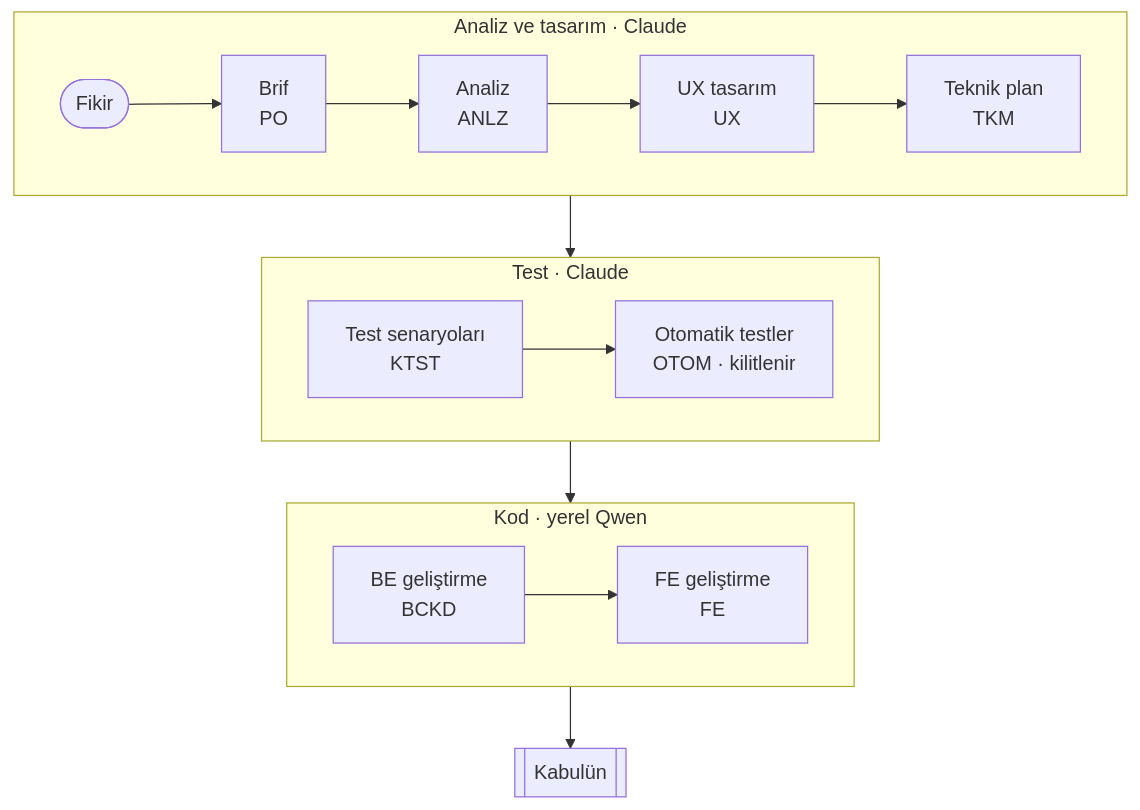
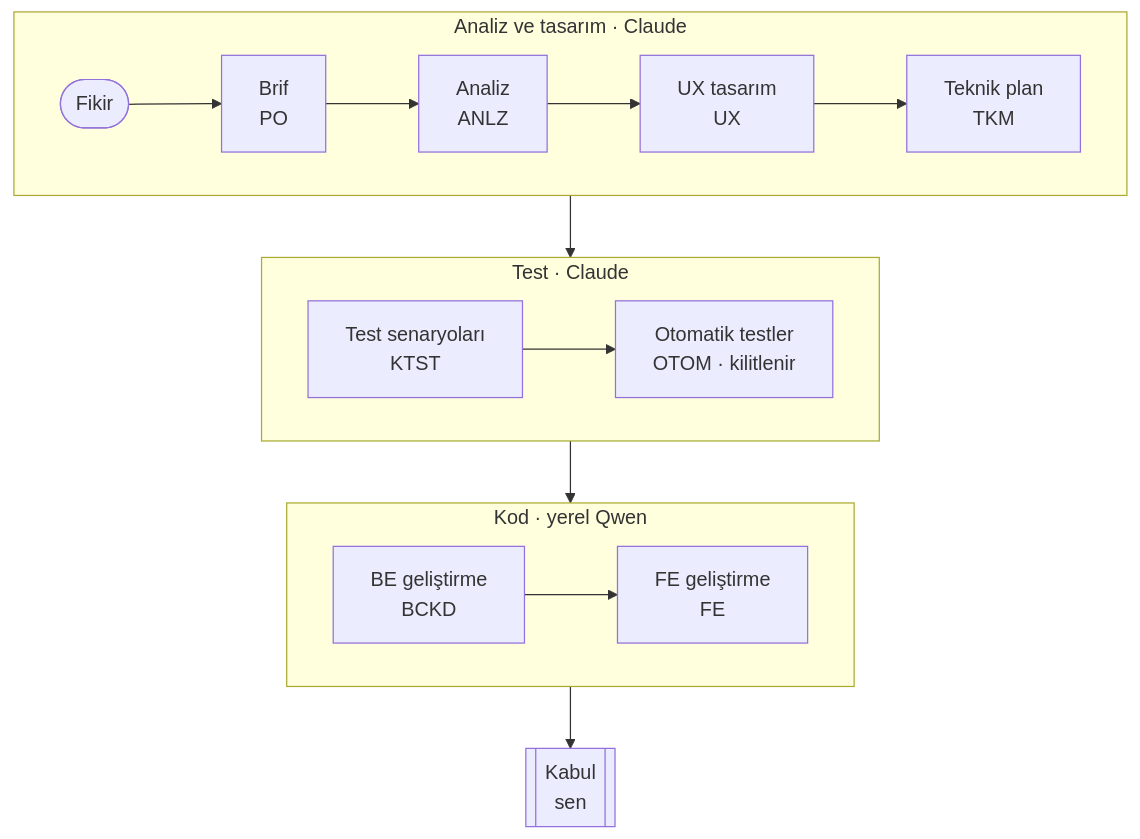
One commit to kagantantan/kovan changed the fifth of 6 diagrams in README.md. Above: the diagram before and after it, drawn with Mermaid. The commit also changed other lines of this file and 74 other files, not shown here.

````diff
--- a/README.md
+++ b/README.md
@@ -148,16 +158,16 @@
 ```mermaid
 flowchart TB
     subgraph G1 ["Analiz ve tasarım · Claude"]
         direction LR
         F(["Fikir"]) --> B["Brif<br/>PO"] --> A["Analiz<br/>ANLZ"] --> UX["UX tasarım<br/>UX"] --> P["Teknik plan<br/>TKM"]
     end
     subgraph G2 ["Test · Claude"]
         direction LR
         TS["Test senaryoları<br/>KTST"] --> OT["Otomatik testler<br/>OTOM · kilitlenir"]
     end
     subgraph G3 ["Kod · yerel Qwen"]
         direction LR
         BE["BE geliştirme<br/>BCKD"] --> FE["FE geliştirme<br/>FE"]
     end
-    G1 --> G2 --> G3 --> K[["Kabulün"]]
+    G1 --> G2 --> G3 --> K[["Kabul<br/>sen"]]
 ```
````
